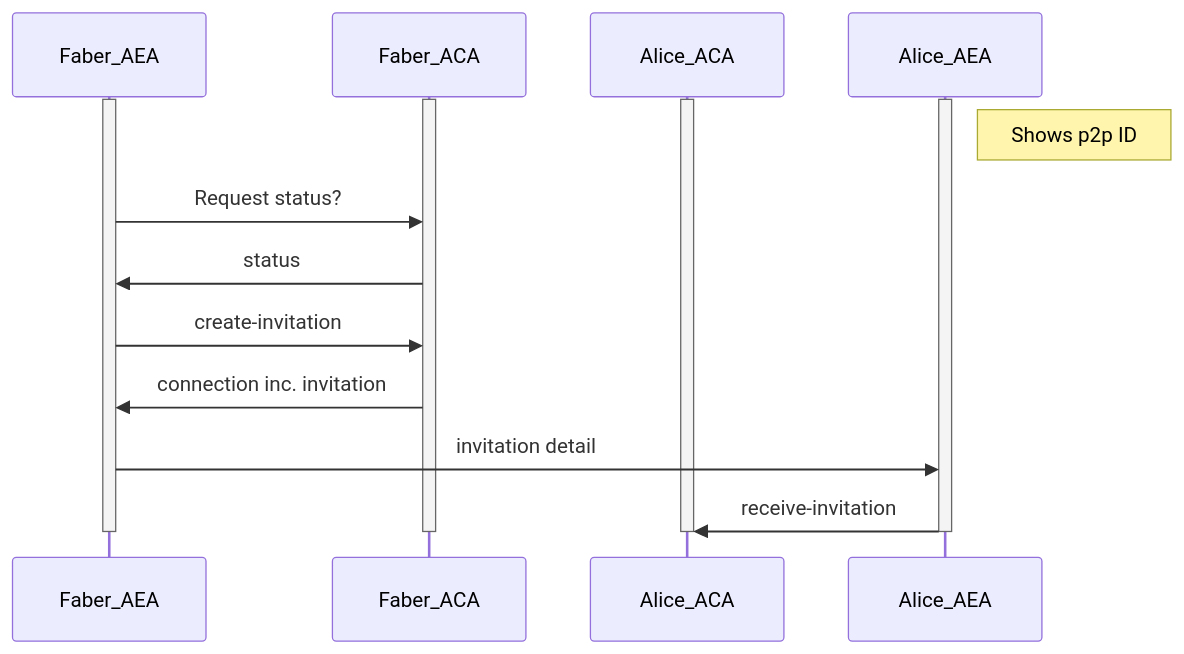
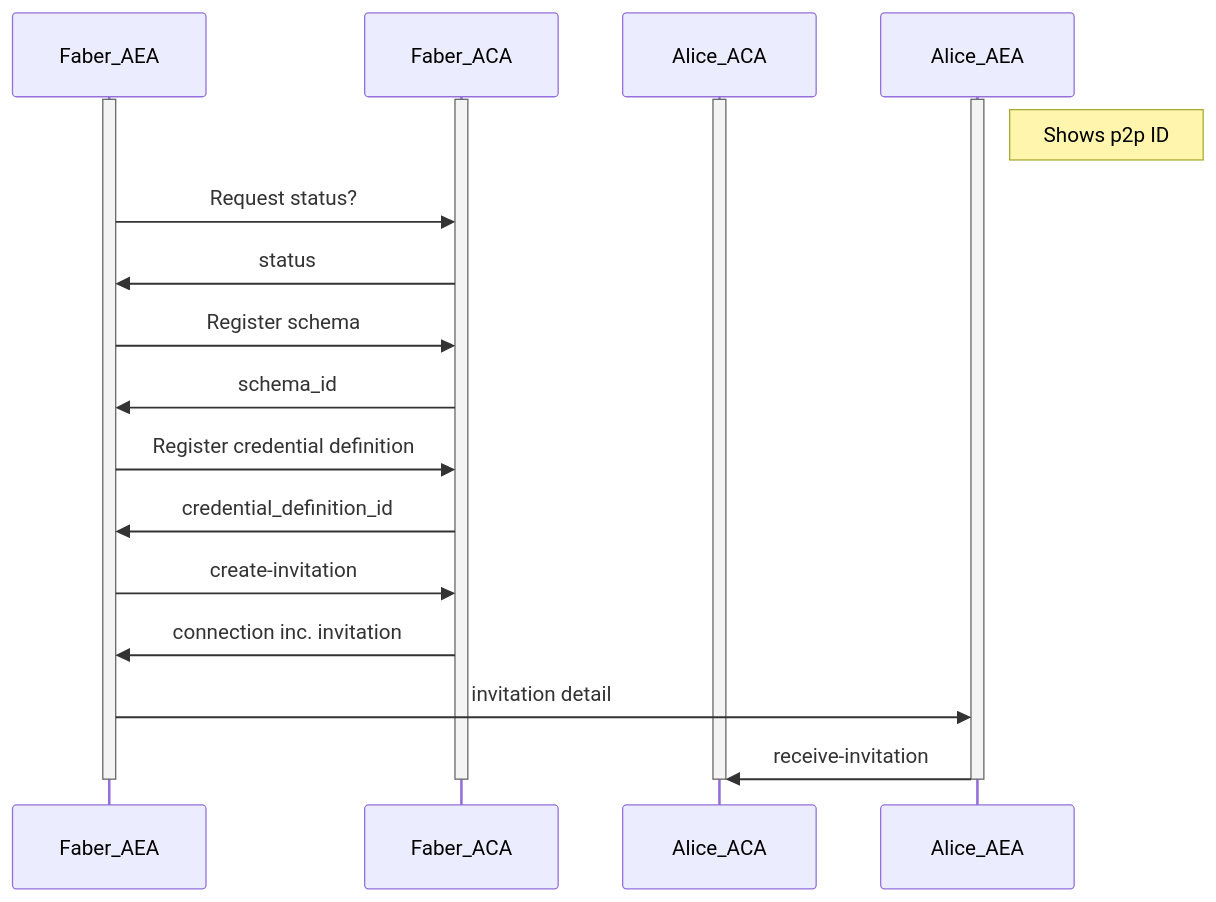
Before and after one commit to legendarydeveloper919/agents-aea: the diagram in docs/aries-cloud-agent-demo.md, drawn with Mermaid. The commit also changed other lines of this file and 1 other file, not shown here.

```diff
--- a/docs/aries-cloud-agent-demo.md
+++ b/docs/aries-cloud-agent-demo.md
@@ -15,26 +15,30 @@
 <div class="mermaid">
     sequenceDiagram
         participant faea as Faber_AEA
         participant faca as Faber_ACA
         participant aaca as Alice_ACA
         participant aaea as Alice_AEA
 
         activate faea
         activate faca
         activate aaca
         activate aaea
 
         Note right of aaea: Shows p2p ID
 
         faea->>faca: Request status?
         faca->>faea: status
+        faea->>faca: Register schema
+        faca->>faea: schema_id
+        faea->>faca: Register credential definition
+        faca->>faea: credential_definition_id
         faea->>faca: create-invitation
         faca->>faea: connection inc. invitation
         faea->>aaea: invitation detail
         aaea->>aaca: receive-invitation
 
         deactivate faea
         deactivate faca
         deactivate aaca
         deactivate aaea
 </div>
```
